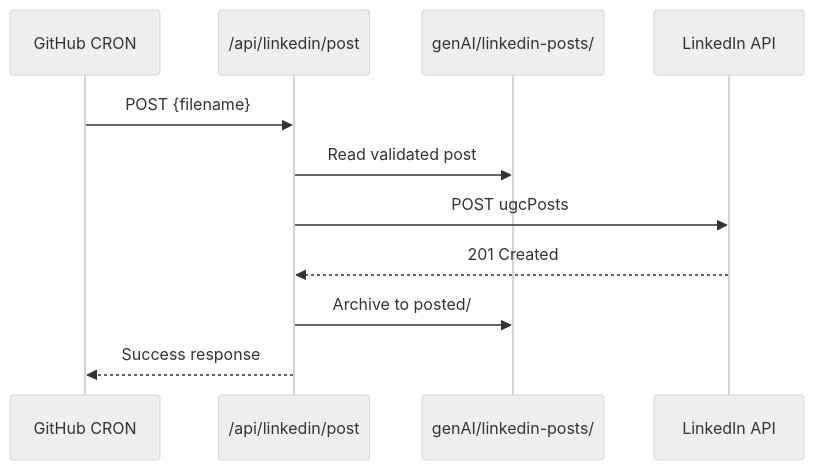
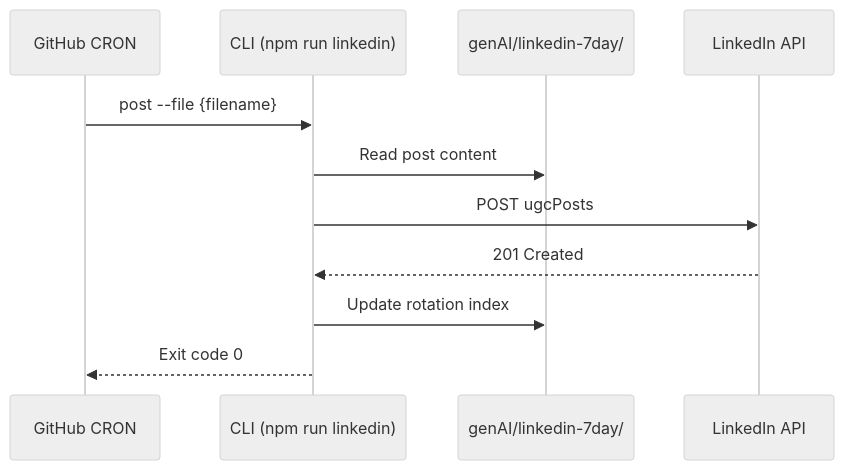
Before and after one commit to thomas-to-bcheme/thomas-to-bcheme: the fifth of 8 diagrams in README.md, drawn with Mermaid (neutral theme). The commit also changed other lines of this file and 18 other files, not shown here.

First line of the commit message:
Refactor LinkedIn to CLI-only with 7-day rotation

````diff
--- a/README.md
+++ b/README.md
@@ -270,14 +270,14 @@
 ```mermaid
 sequenceDiagram
     participant S as GitHub CRON
-    participant A as /api/linkedin/post
-    participant F as genAI/linkedin-posts/
+    participant C as CLI (npm run linkedin)
+    participant F as genAI/linkedin-7day/
     participant L as LinkedIn API
 
-    S->>A: POST {filename}
-    A->>F: Read validated post
-    A->>L: POST ugcPosts
-    L-->>A: 201 Created
-    A->>F: Archive to posted/
-    A-->>S: Success response
+    S->>C: post --file {filename}
+    C->>F: Read post content
+    C->>L: POST ugcPosts
+    L-->>C: 201 Created
+    C->>F: Update rotation index
+    C-->>S: Exit code 0
 ```
````
